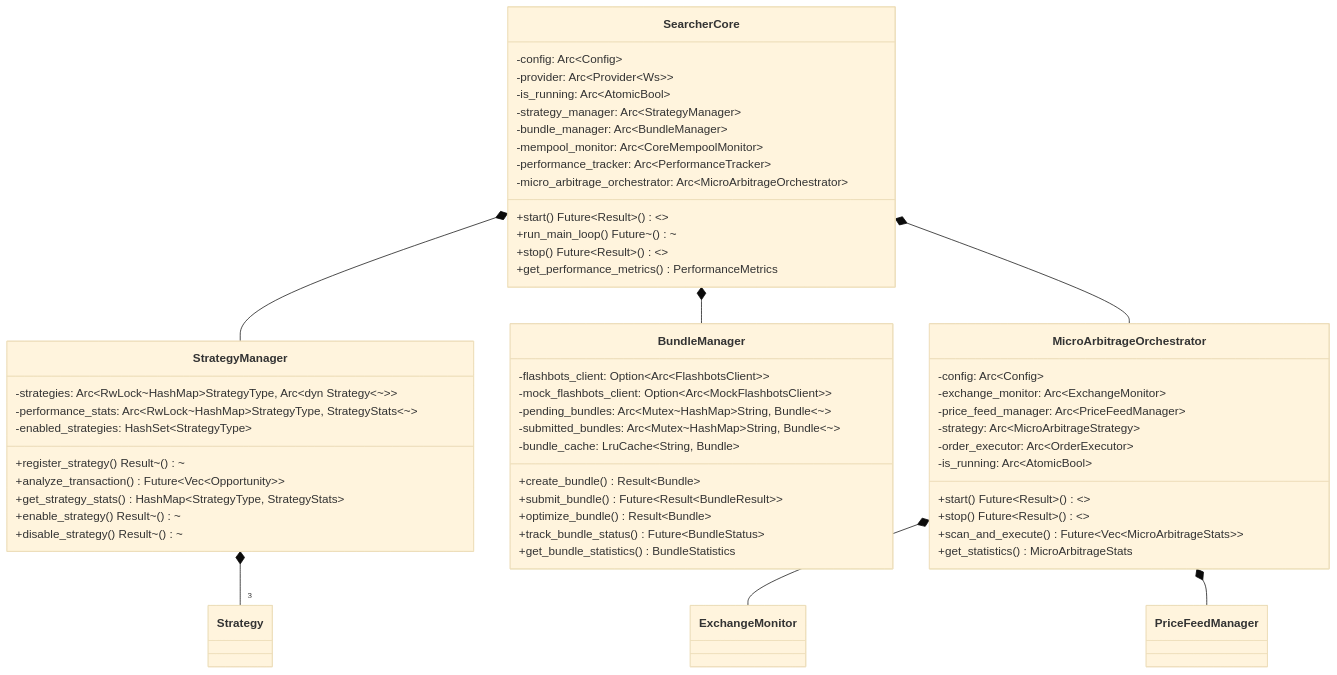
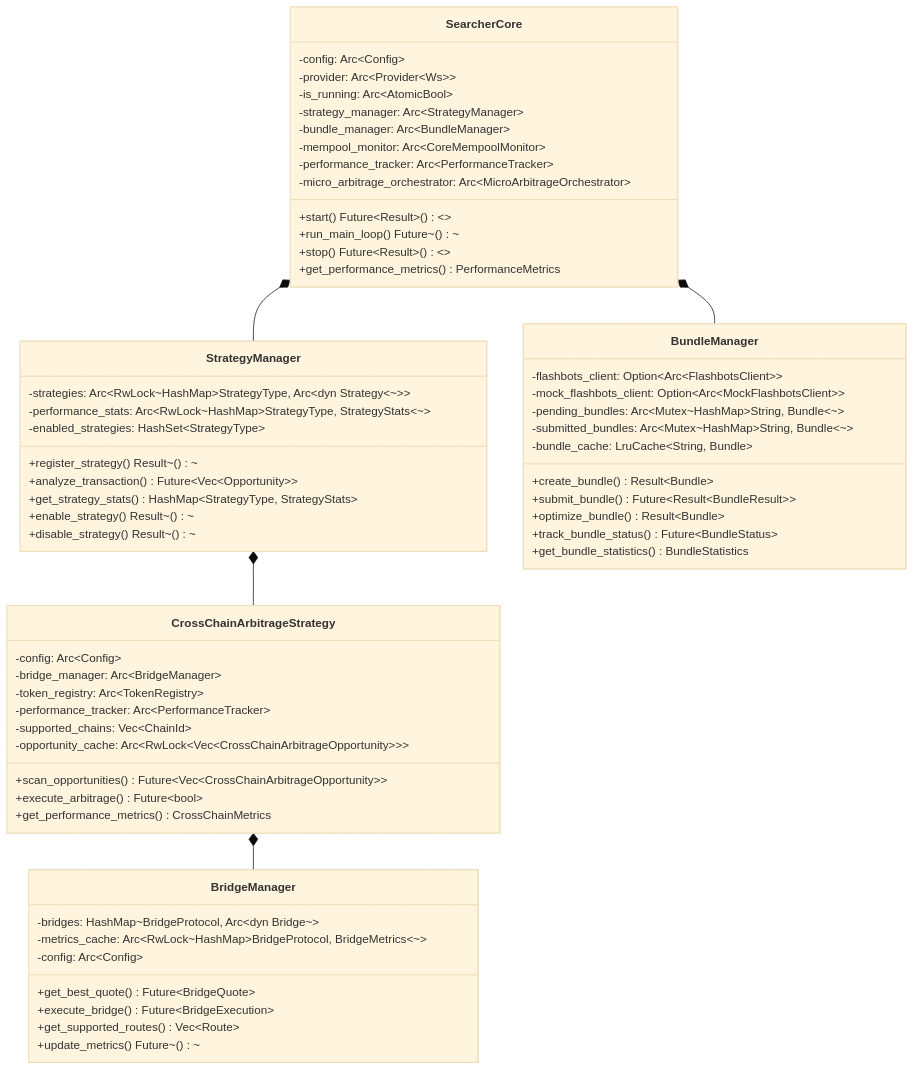
The second of 15 diagrams in docs/ARCHITECTURE.md (blockbit-hama/xCrack), drawn with Mermaid (base theme) before and after one commit. The commit also changed other lines of this file and 33 other files, not shown here.

````diff
--- a/docs/ARCHITECTURE.md
+++ b/docs/ARCHITECTURE.md
@@ -251,61 +260,68 @@
 ```mermaid
 classDiagram
     class SearcherCore {
         -config: Arc~Config~
         -provider: Arc~Provider~Ws~~
         -is_running: Arc~AtomicBool~
         -strategy_manager: Arc~StrategyManager~
         -bundle_manager: Arc~BundleManager~
         -mempool_monitor: Arc~CoreMempoolMonitor~
         -performance_tracker: Arc~PerformanceTracker~
         -micro_arbitrage_orchestrator: Arc~MicroArbitrageOrchestrator~
         +start() Future~Result~()~~
         +run_main_loop() Future~()~
         +stop() Future~Result~()~~
         +get_performance_metrics() PerformanceMetrics
     }
     
     class StrategyManager {
         -strategies: Arc~RwLock~HashMap~StrategyType, Arc~dyn Strategy~~~~
         -performance_stats: Arc~RwLock~HashMap~StrategyType, StrategyStats~~~
         -enabled_strategies: HashSet~StrategyType~
         +register_strategy() Result~()~
         +analyze_transaction() Future~Vec~Opportunity~~
         +get_strategy_stats() HashMap~StrategyType, StrategyStats~
         +enable_strategy() Result~()~
         +disable_strategy() Result~()~
     }
     
     class BundleManager {
         -flashbots_client: Option~Arc~FlashbotsClient~~
         -mock_flashbots_client: Option~Arc~MockFlashbotsClient~~
         -pending_bundles: Arc~Mutex~HashMap~String, Bundle~~~
         -submitted_bundles: Arc~Mutex~HashMap~String, Bundle~~~
         -bundle_cache: LruCache~String, Bundle~
         +create_bundle() Result~Bundle~
         +submit_bundle() Future~Result~BundleResult~~
         +optimize_bundle() Result~Bundle~
         +track_bundle_status() Future~BundleStatus~
         +get_bundle_statistics() BundleStatistics
     }
     
-    class MicroArbitrageOrchestrator {
+    class CrossChainArbitrageStrategy {
         -config: Arc~Config~
-        -exchange_monitor: Arc~ExchangeMonitor~
-        -price_feed_manager: Arc~PriceFeedManager~
-        -strategy: Arc~MicroArbitrageStrategy~
-        -order_executor: Arc~OrderExecutor~
-        -is_running: Arc~AtomicBool~
-        +start() Future~Result~()~~
-        +stop() Future~Result~()~~
-        +scan_and_execute() Future~Vec~MicroArbitrageStats~~
-        +get_statistics() MicroArbitrageStats
+        -bridge_manager: Arc~BridgeManager~
+        -token_registry: Arc~TokenRegistry~
+        -performance_tracker: Arc~PerformanceTracker~
+        -supported_chains: Vec~ChainId~
+        -opportunity_cache: Arc~RwLock~Vec~CrossChainArbitrageOpportunity~~~
+        +scan_opportunities() Future~Vec~CrossChainArbitrageOpportunity~~
+        +execute_arbitrage() Future~bool~
+        +get_performance_metrics() CrossChainMetrics
+    }
+    
+    class BridgeManager {
+        -bridges: HashMap~BridgeProtocol, Arc~dyn Bridge~~
+        -metrics_cache: Arc~RwLock~HashMap~BridgeProtocol, BridgeMetrics~~~
+        -config: Arc~Config~
+        +get_best_quote() Future~BridgeQuote~
+        +execute_bridge() Future~BridgeExecution~
+        +get_supported_routes() Vec~Route~
+        +update_metrics() Future~()~
     }
     
     SearcherCore *-- StrategyManager
     SearcherCore *-- BundleManager
-    SearcherCore *-- MicroArbitrageOrchestrator
-    StrategyManager *-- "3" Strategy
-    MicroArbitrageOrchestrator *-- ExchangeMonitor
-    MicroArbitrageOrchestrator *-- PriceFeedManager
+    StrategyManager *-- CrossChainArbitrageStrategy
+    CrossChainArbitrageStrategy *-- BridgeManager
 ```
````
